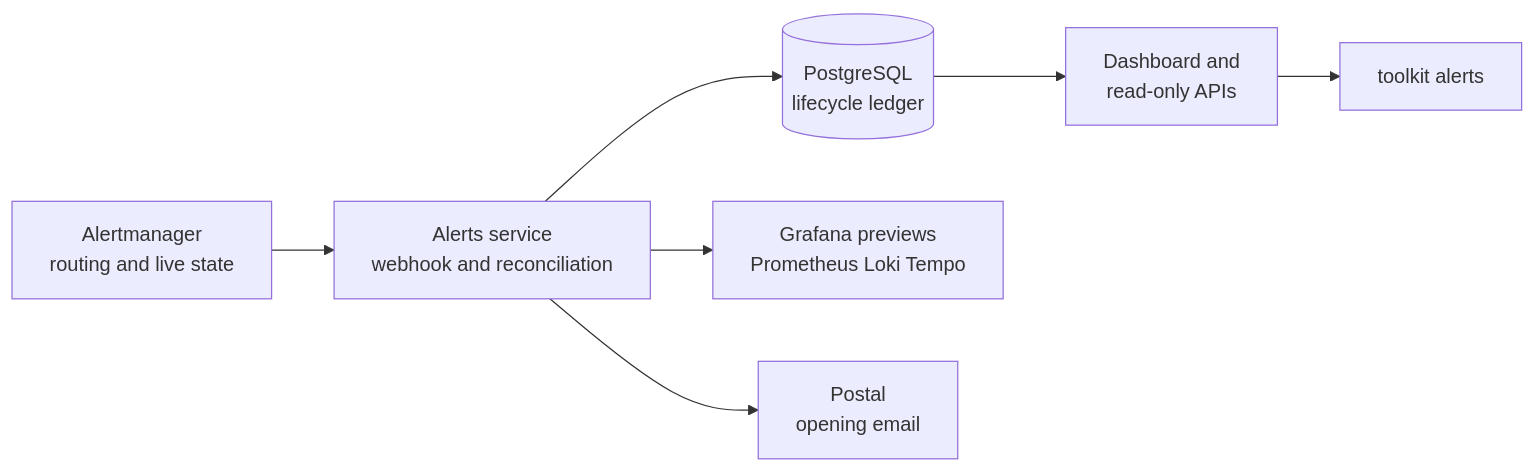
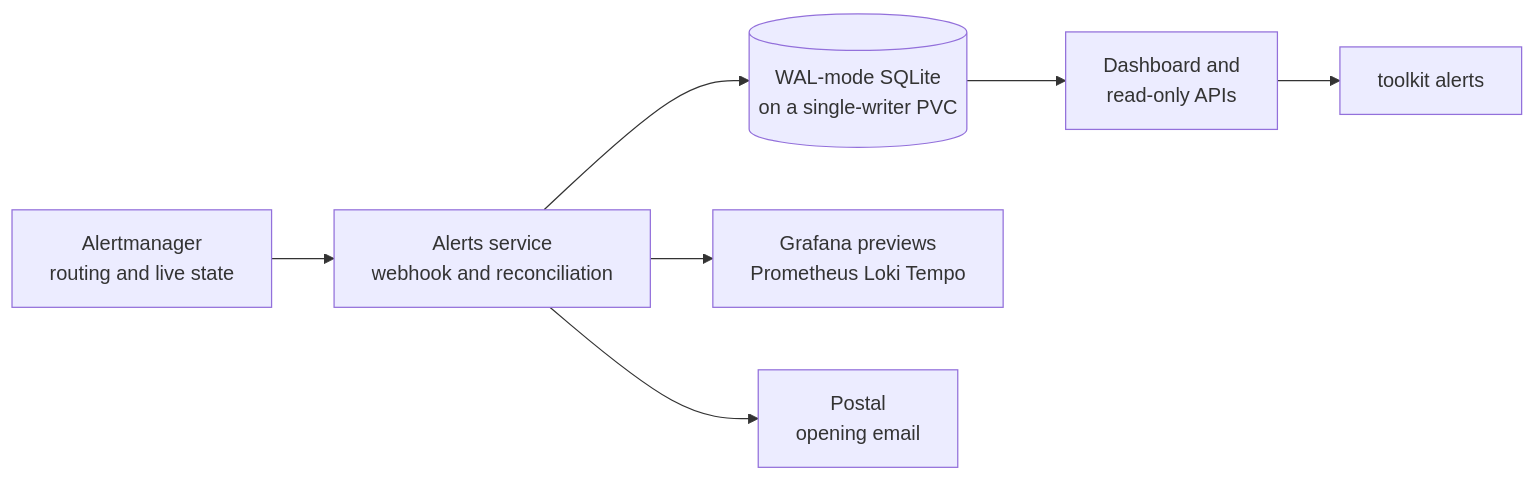
Before and after one commit to shepherdjerred/monorepo: the diagram in packages/docs/wiki/src/content/docs/explanation/homelab/alerts.md, drawn with Mermaid. The commit also changed other lines of this file, not shown here.

Commit message:
docs(docs): describe the Alerts ledger as WAL-mode SQLite
Why:
The alerts architecture page still described a PostgreSQL lifecycle ledger
and a separate database chart, which this branch replaces with a WAL-mode
SQLite database on a single-writer PVC. The page is the human-facing
explanation of the system, so leaving it on the old backend misdescribes
the deployment a reader would go looking for.

What:
Update the system-map node and its accessibility description to the
WAL-mode SQLite PVC, and refer to the ledger volume rather than a database
chart in the deployment boundary.

Verification:
- bunx turbo run typecheck lint --filter=@shepherdjerred/docs-wiki

````diff
--- a/packages/docs/wiki/src/content/docs/explanation/homelab/alerts.md
+++ b/packages/docs/wiki/src/content/docs/explanation/homelab/alerts.md
@@ -12,20 +12,20 @@
 ```mermaid
 flowchart LR
   accTitle: Alert routing and durable history
-  accDescr: Alertmanager remains authoritative for live state. Its authenticated webhook and snapshots feed a PostgreSQL ledger; the dashboard, read-only API, toolkit, Grafana previews, and Postal opening email use that ledger.
+  accDescr: Alertmanager remains authoritative for live state. Its authenticated webhook and snapshots feed a WAL-mode SQLite ledger on a single-writer PVC; the dashboard, read-only API, toolkit, Grafana previews, and Postal opening email use that ledger.
 
   AM[Alertmanager\nrouting and live state]
   LEDGER[Alerts service\nwebhook and reconciliation]
-  DB[(PostgreSQL\nlifecycle ledger)]
+  DB[(WAL-mode SQLite\non a single-writer PVC)]
   UI[Dashboard and\nread-only APIs]
   CLI[toolkit alerts]
   GRAFANA[Grafana previews\nPrometheus Loki Tempo]
   POSTAL[Postal\nopening email]
 
   AM --> LEDGER
   LEDGER --> DB
   DB --> UI
   UI --> CLI
   LEDGER --> GRAFANA
   LEDGER --> POSTAL
 ```
````
